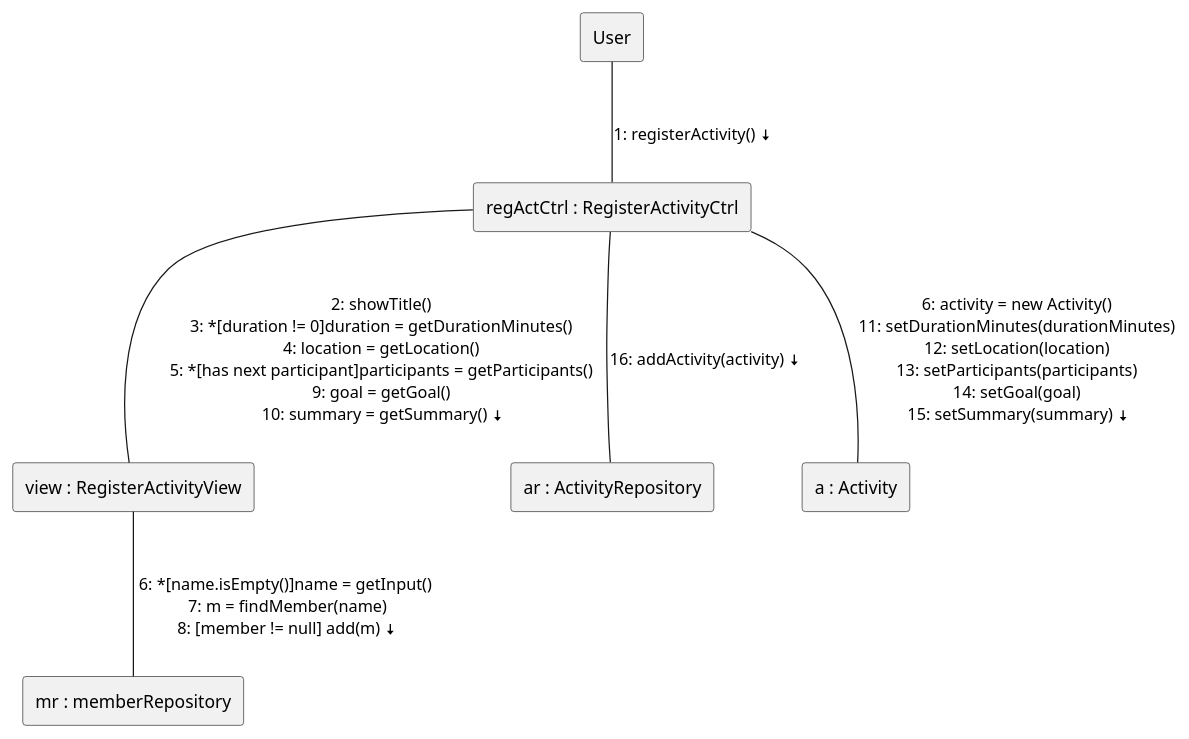
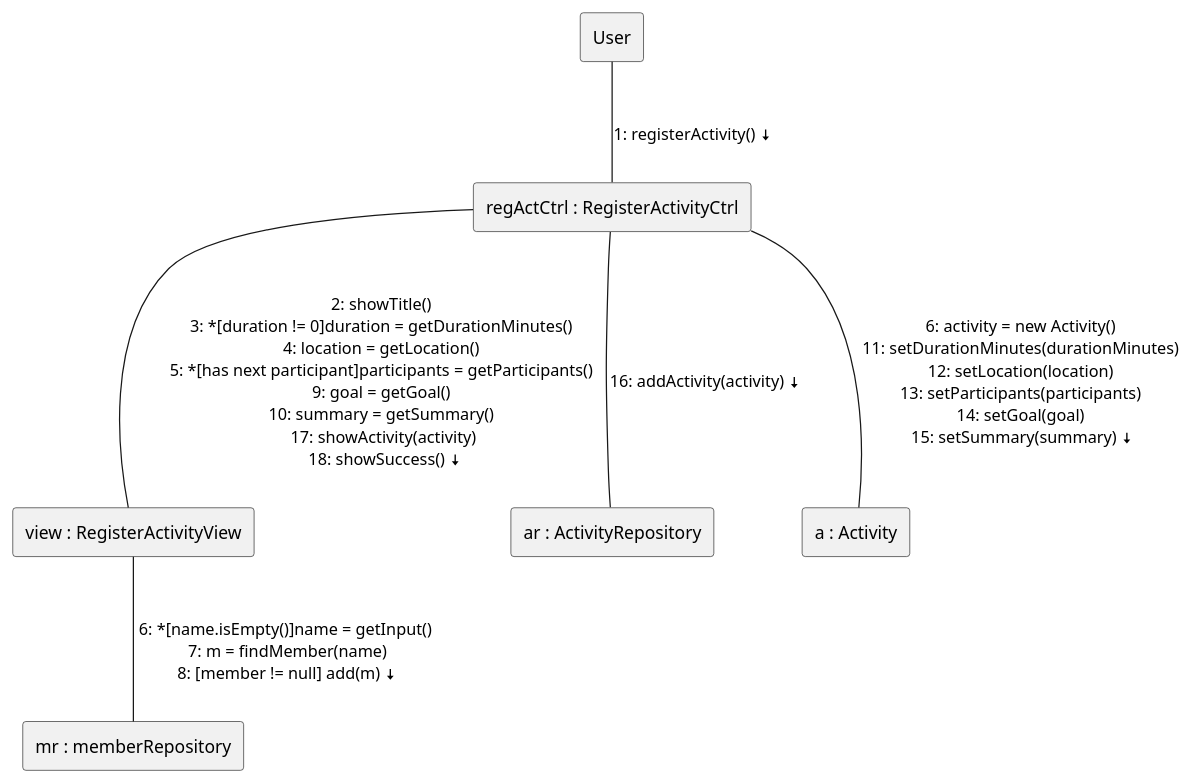
The diagram in sequence-diagram/ec004/comm.plantuml (lucasblopes/ecomp-software-design), drawn with PlantUML before and after one commit. The commit also changed other lines of this file and 1 other file, not shown here.

Commit message:
diagramas de comunicação adicionados

```diff
--- a/sequence-diagram/ec004/comm.plantuml
+++ b/sequence-diagram/ec004/comm.plantuml
@@ -1,19 +1,19 @@
 @startuml
 rectangle User
 rectangle "regActCtrl : RegisterActivityCtrl" as Ctrl
 rectangle "view : RegisterActivityView" as View
 rectangle "mr : memberRepository" as MemberRepo
 rectangle "ar : ActivityRepository" as ActivityRepo
 rectangle "a : Activity" as Activity
 
 User --(Ctrl): \n1: registerActivity() <&arrow-bottom>
 
-Ctrl --(View): \n2: showTitle() \n3: *[duration != 0]duration = getDurationMinutes() \n4: location = getLocation() \n5: *[has next participant]participants = getParticipants() \n9: goal = getGoal() \n10: summary = getSummary() <&arrow-bottom>
+Ctrl --(View): \n2: showTitle() \n3: *[duration != 0]duration = getDurationMinutes() \n4: location = getLocation() \n5: *[has next participant]participants = getParticipants() \n9: goal = getGoal() \n10: summary = getSummary() \n 17: showActivity(activity) \n 18: showSuccess() <&arrow-bottom>
 
 View --(MemberRepo): \n 6: *[name.isEmpty()]name = getInput() \n 7: m = findMember(name)\n 8: [member != null] add(m) <&arrow-bottom>
 
 Ctrl --(Activity): \n6: activity = new Activity() \n11: setDurationMinutes(durationMinutes) \n12: setLocation(location) \n13: setParticipants(participants) \n14: setGoal(goal) \n15: setSummary(summary) <&arrow-bottom>
 
 Ctrl --(ActivityRepo): \n16: addActivity(activity) <&arrow-bottom>
 
 @enduml
```
